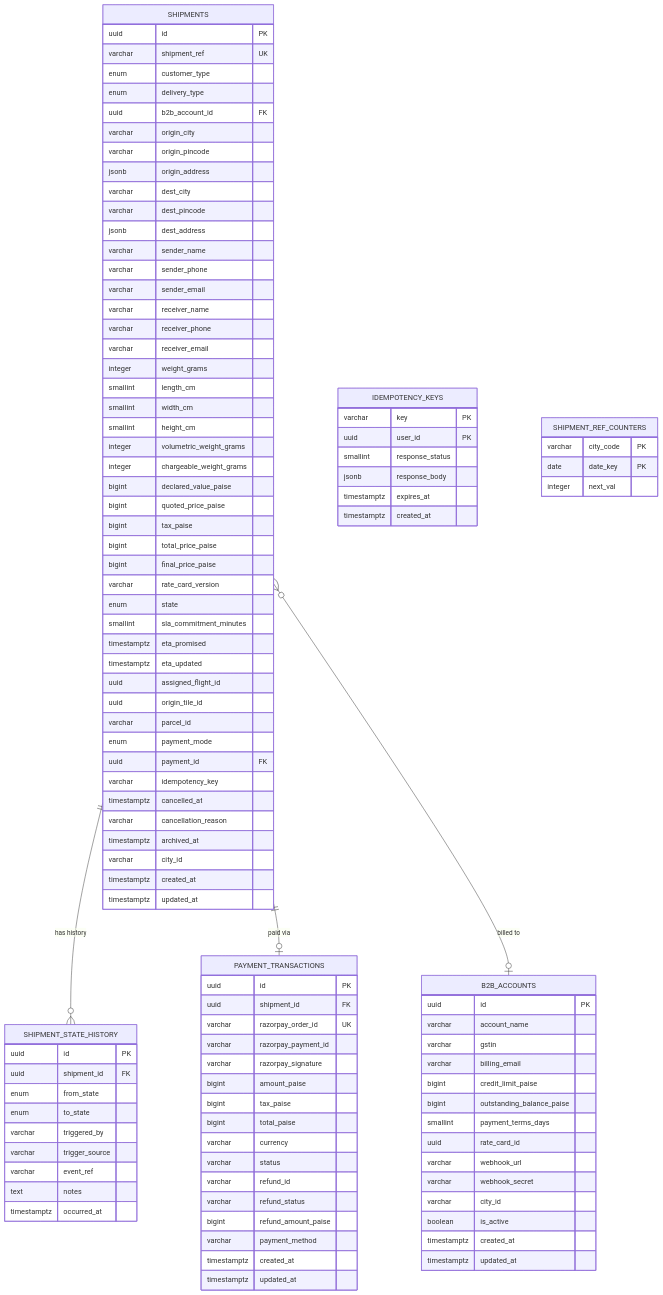
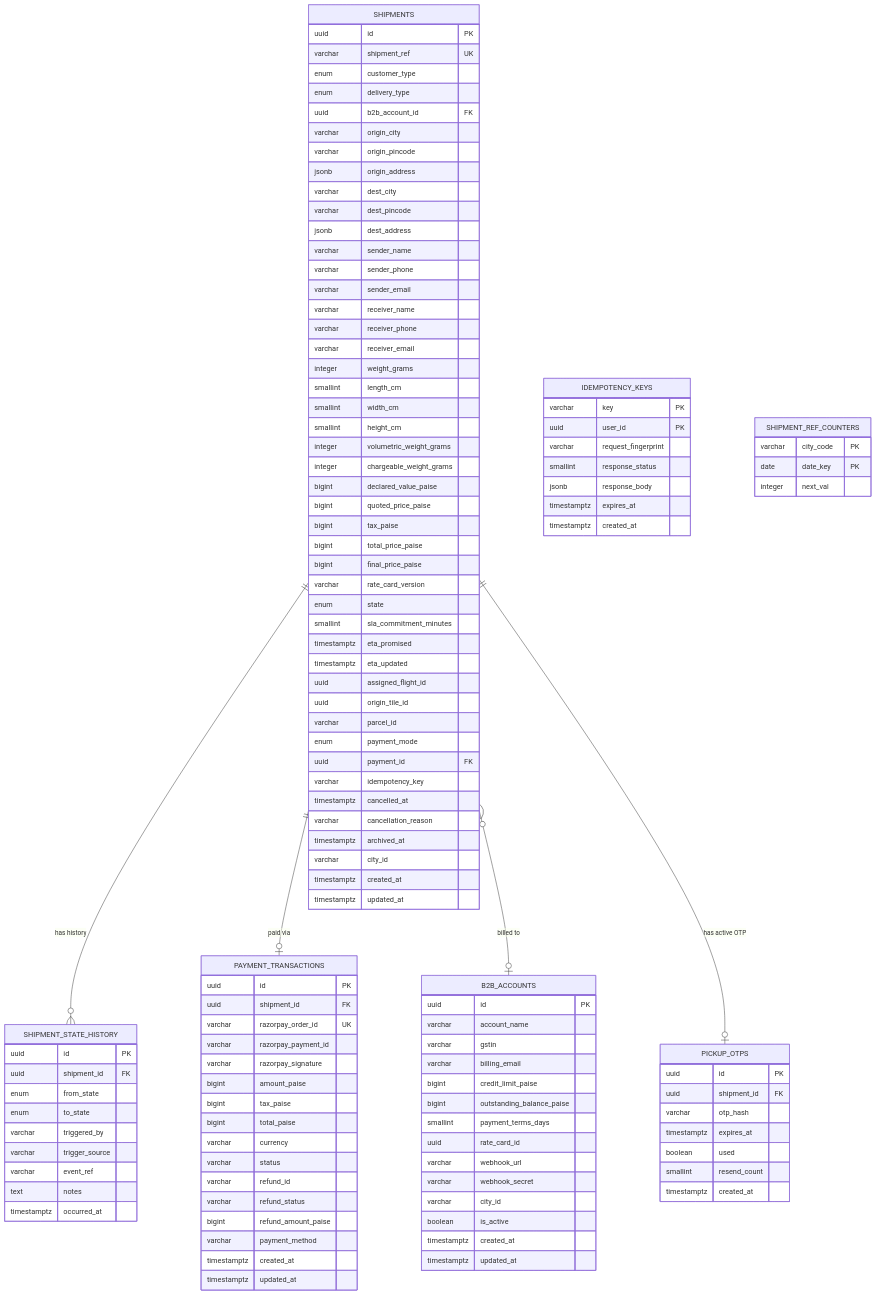
One commit to Sidarthapati/one_day_delivery changed the diagram in docs/M4/M4-ER-DIAGRAM.md. Above: the diagram before and after it, drawn with Mermaid. The commit also changed other lines of this file and 22 other files, not shown here.

First line of the commit message:
feat(orders): add ref gen, utility services, and pickup OTP infrastructure (PR #9)

````diff
--- a/docs/M4/M4-ER-DIAGRAM.md
+++ b/docs/M4/M4-ER-DIAGRAM.md
@@ -104,6 +104,7 @@
     IDEMPOTENCY_KEYS {
         varchar key PK
         uuid user_id PK
+        varchar request_fingerprint
         smallint response_status
         jsonb response_body
         timestamptz expires_at
@@ -116,7 +117,18 @@
         integer next_val
     }
 
+    PICKUP_OTPS {
+        uuid id PK
+        uuid shipment_id FK
+        varchar otp_hash
+        timestamptz expires_at
+        boolean used
+        smallint resend_count
+        timestamptz created_at
+    }
+
     SHIPMENTS ||--o{ SHIPMENT_STATE_HISTORY : "has history"
     SHIPMENTS ||--o| PAYMENT_TRANSACTIONS : "paid via"
     SHIPMENTS }o--o| B2B_ACCOUNTS : "billed to"
+    SHIPMENTS ||--o| PICKUP_OTPS : "has active OTP"
 ```
````
